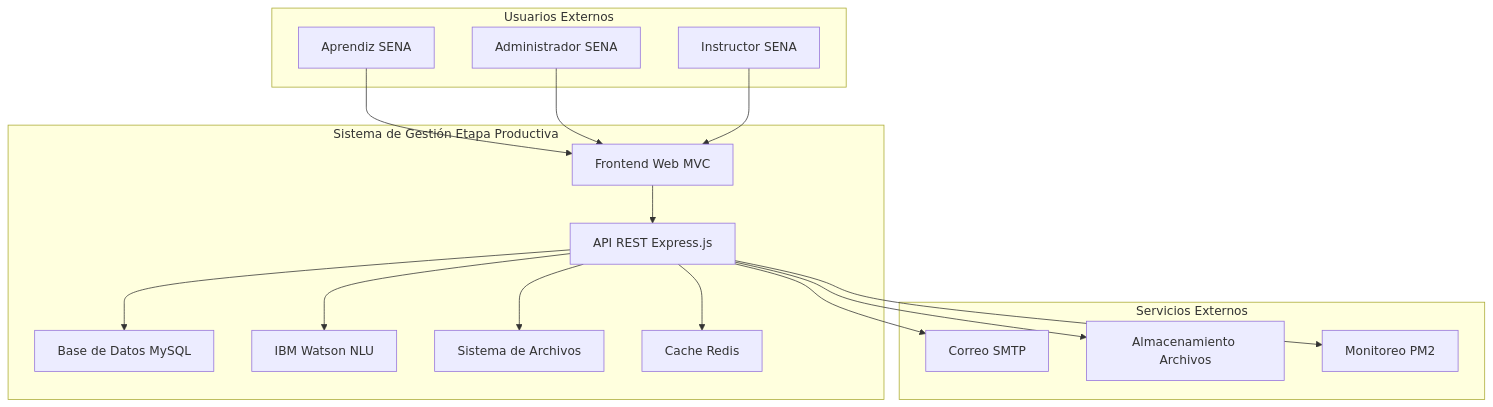
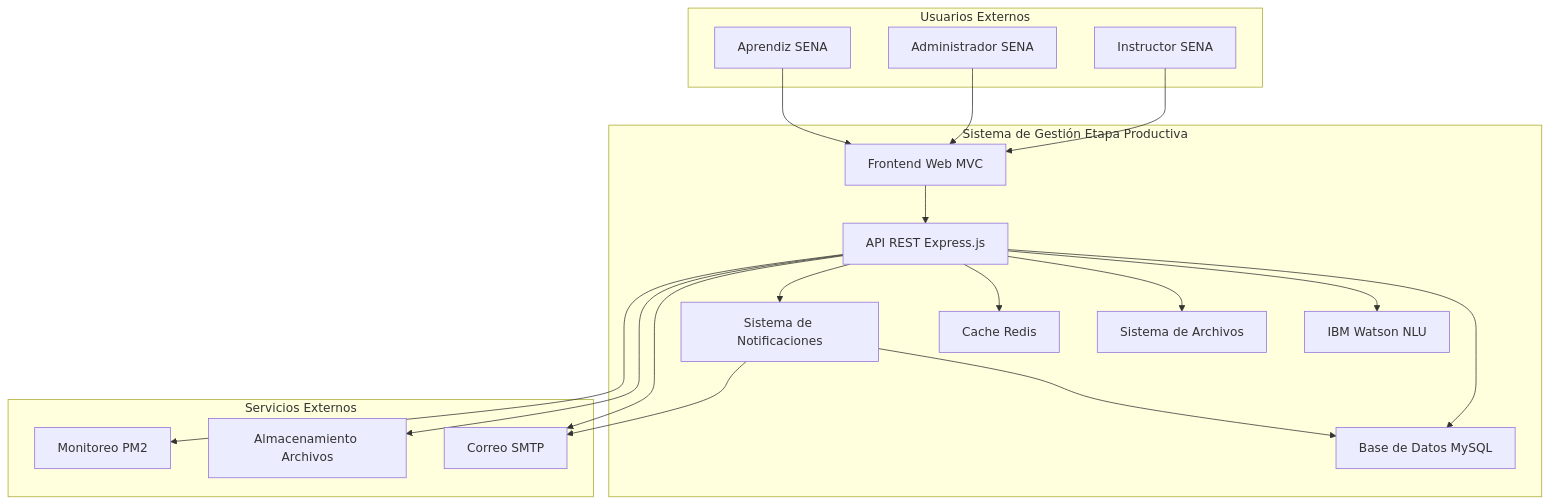
Before and after one commit to JuanCamiloParejaSanchez/gestion_etapa_productiva: the first of 6 diagrams in docs/DOCUMENTACION_TECNICA_COMPLETA.md, drawn with Mermaid. The commit also changed other lines of this file and 2 other files, not shown here.

````diff
--- a/docs/DOCUMENTACION_TECNICA_COMPLETA.md
+++ b/docs/DOCUMENTACION_TECNICA_COMPLETA.md
@@ -58,35 +67,39 @@
 ```mermaid
 graph TB
     subgraph "Usuarios Externos"
         A[Aprendiz SENA]
         B[Administrador SENA]
         C[Instructor SENA]
     end
 
     subgraph "Sistema de Gestión Etapa Productiva"
         D[Frontend Web MVC]
         E[API REST Express.js]
         F[Base de Datos MySQL]
         G[IBM Watson NLU]
         H[Sistema de Archivos]
         I[Cache Redis]
+        N[Sistema de Notificaciones]
     end
 
     subgraph "Servicios Externos"
         J[Correo SMTP]
         K[Almacenamiento Archivos]
         L[Monitoreo PM2]
     end
 
     A --> D
     B --> D
     C --> D
     D --> E
     E --> F
     E --> G
     E --> H
     E --> I
+    E --> N
     E --> J
     E --> K
     E --> L
+    N --> F
+    N --> J
 ```
````
